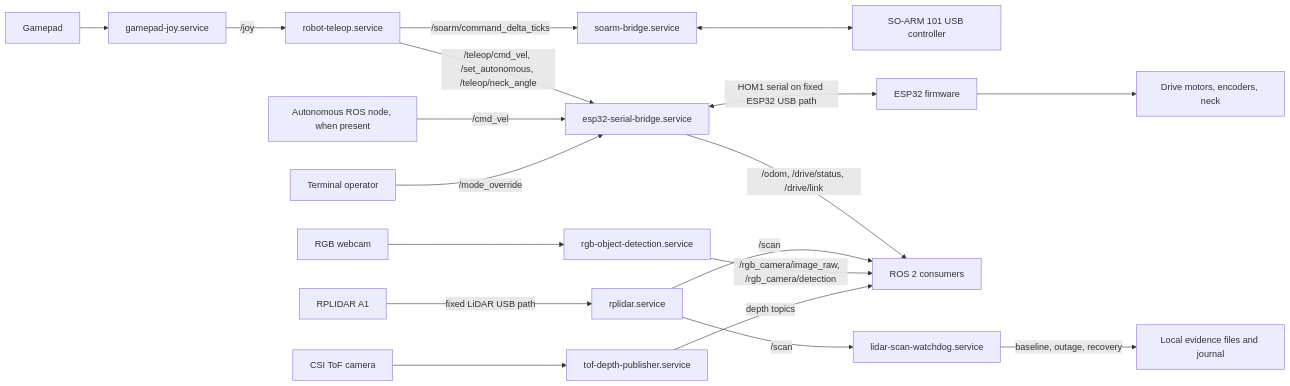
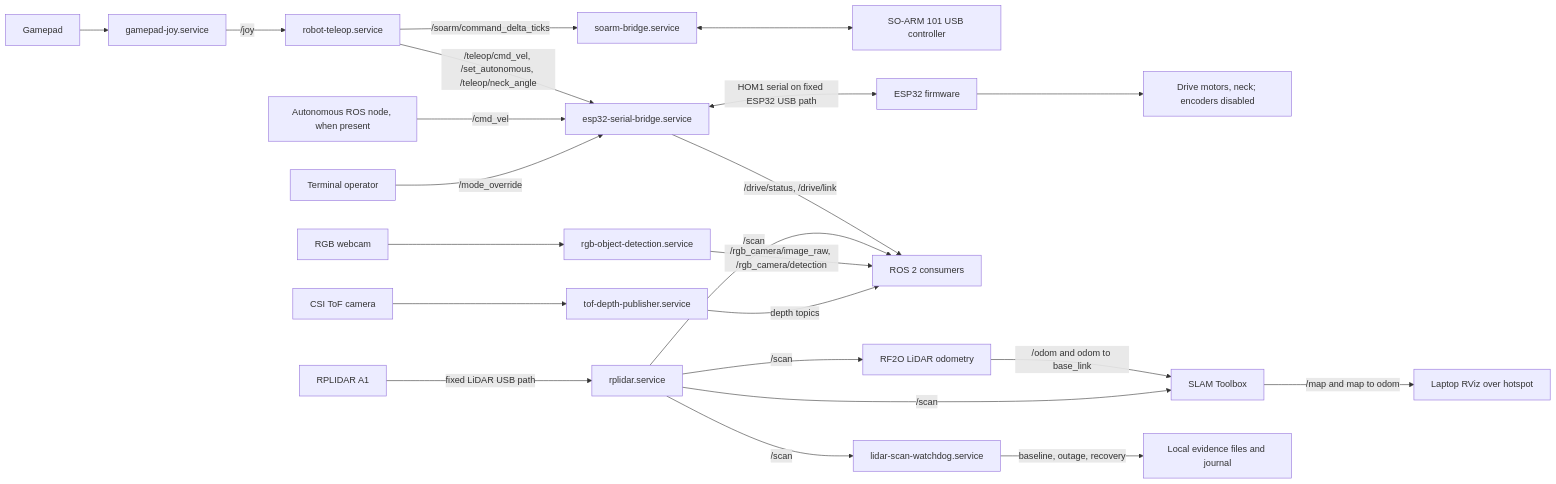
One commit to ao2-yekeen/homer changed the first of 2 diagrams in docs/architecture/README.md. Above: the diagram before and after it, drawn with Mermaid. The commit also changed other lines of this file and 49 other files, not shown here.

````diff
--- a/docs/architecture/README.md
+++ b/docs/architecture/README.md
@@ -9,23 +9,27 @@
 ```mermaid
 flowchart LR
   gamepad[Gamepad] --> joy[gamepad-joy.service]
   joy -->|/joy| teleop[robot-teleop.service]
   teleop -->|/teleop/cmd_vel, /set_autonomous, /teleop/neck_angle| bridge[esp32-serial-bridge.service]
   autonomy[Autonomous ROS node, when present] -->|/cmd_vel| bridge
   operator[Terminal operator] -->|/mode_override| bridge
   teleop -->|/soarm/command_delta_ticks| arm[soarm-bridge.service]
   arm <--> soarm[SO-ARM 101 USB controller]
   bridge <-->|HOM1 serial on fixed ESP32 USB path| esp32[ESP32 firmware]
-  esp32 --> base[Drive motors, encoders, neck]
-  bridge -->|/odom, /drive/status, /drive/link| ros[ROS 2 consumers]
+  esp32 --> base[Drive motors, neck; encoders disabled]
+  bridge -->|/drive/status, /drive/link| ros[ROS 2 consumers]
+  driver -->|/scan| rf2o[RF2O LiDAR odometry]
+  rf2o -->|/odom and odom to base_link| slam[SLAM Toolbox]
+  driver -->|/scan| slam
+  slam -->|/map and map to odom| viewer[Laptop RViz over hotspot]
 
   lidar[RPLIDAR A1] -->|fixed LiDAR USB path| driver[rplidar.service]
   driver -->|/scan| ros
   driver -->|/scan| watchdog[lidar-scan-watchdog.service]
   watchdog -->|baseline, outage, recovery| evidence[Local evidence files and journal]
 
   rgb[RGB webcam] --> camera[rgb-object-detection.service]
   camera -->|/rgb_camera/image_raw, /rgb_camera/detection| ros
   tof[CSI ToF camera] --> depth[tof-depth-publisher.service]
   depth -->|depth topics| ros
 ```
````
